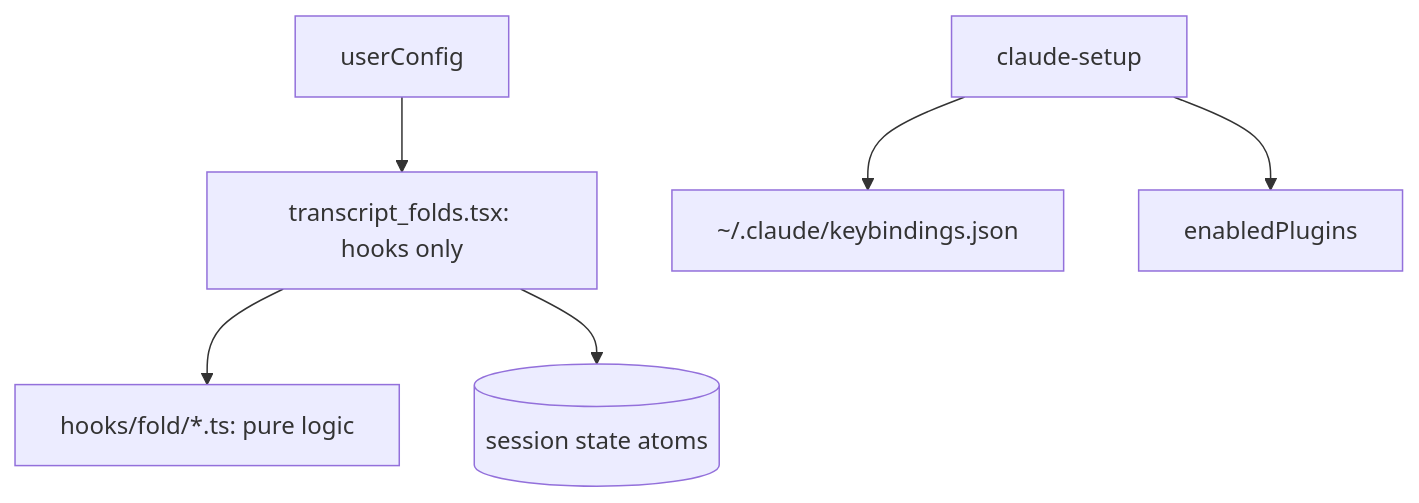
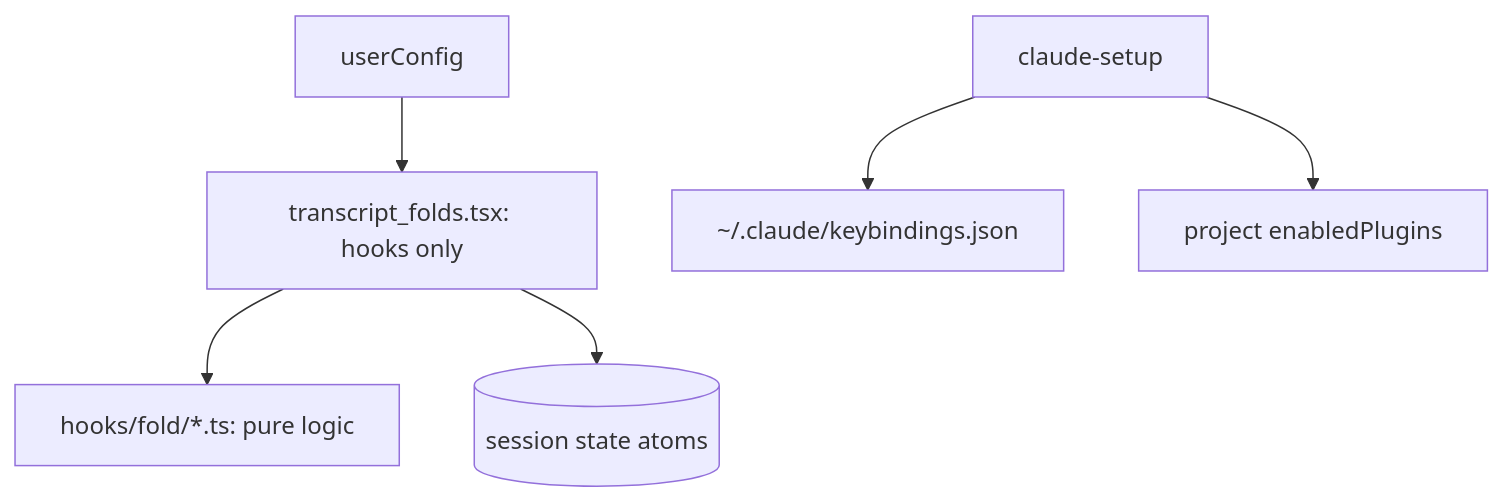
Before and after one commit to luis-mc/dev-standards: the second of 2 diagrams in docs/features/transcript-folds/spec.md, drawn with Mermaid. The commit also changed other lines of this file and 10 other files, not shown here.

````diff
--- a/docs/features/transcript-folds/spec.md
+++ b/docs/features/transcript-folds/spec.md
@@ -94,8 +94,8 @@
 ```mermaid
 flowchart TB
   tsx[transcript_folds.tsx: hooks only] --> fold[hooks/fold/*.ts: pure logic]
   tsx --> state[(session state atoms)]
   cfg[userConfig] --> tsx
   setup[claude-setup] --> kb[~/.claude/keybindings.json]
-  setup --> en[enabledPlugins]
+  setup --> en[project enabledPlugins]
 ```
````
